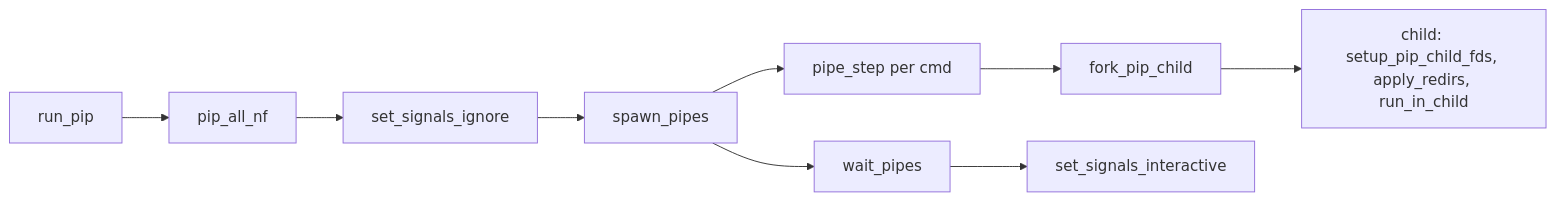
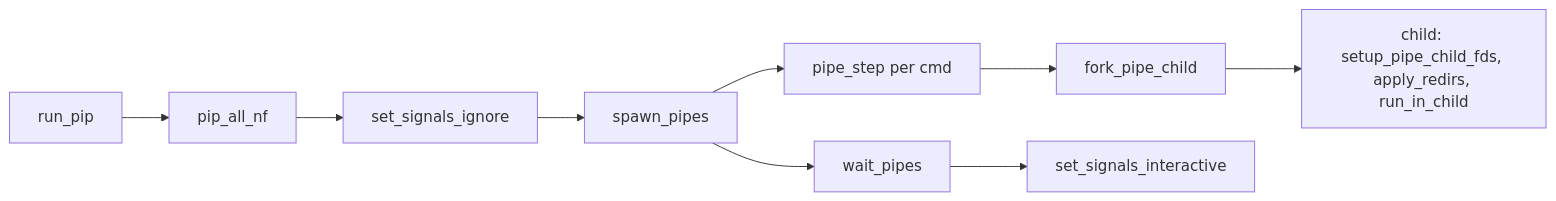
Before and after one commit to gkhavari/minishell: diagram 13 of 14 in docs/MINISHELL_ARCHITECTURE.md, drawn with Mermaid. The commit also changed other lines of this file and 6 other files, not shown here.

````diff
--- a/docs/MINISHELL_ARCHITECTURE.md
+++ b/docs/MINISHELL_ARCHITECTURE.md
@@ -906,11 +906,11 @@
 ```mermaid
 flowchart LR
     EP[run_pip] --> NF[pip_all_nf]
     NF --> IGN[set_signals_ignore]
     IGN --> LOOP[spawn_pipes]
     LOOP --> RPS[pipe_step per cmd]
-    RPS --> FORK[fork_pip_child]
-    FORK --> CHILD[child: setup_pip_child_fds, apply_redirs, run_in_child]
+    RPS --> FORK[fork_pipe_child]
+    FORK --> CHILD[child: setup_pipe_child_fds, apply_redirs, run_in_child]
     LOOP --> WAIT[wait_pipes]
     WAIT --> INT[set_signals_interactive]
 ```
````
